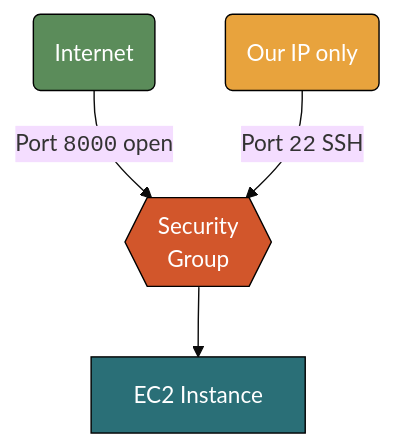
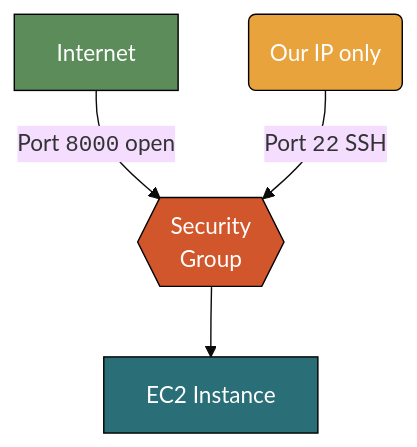
Before and after one commit to mjfrigaard/do4ds-labs: the second of 7 diagrams in aws-ec2.qmd, drawn with Mermaid. The commit also changed 28 other files, not shown here.

Commit message:
updates to mermaids

````diff
--- a/aws-ec2.qmd
+++ b/aws-ec2.qmd
@@ -324,18 +324,18 @@
 ```{mermaid}
 %%| fig-cap: ‘EC2 Instances’
 %%| fig-width: 7.0
 %%| fig-align: 'center'
 %%{init: {'theme': 'base', 'themeVariables': {'fontFamily': 'monospace'}}}%%
 
 graph TD
-    Internet("Internet") -->|"Port <code>8000</code> open"| SG{{"Security<br>Group"}}
+    Internet["Internet"] -->|"Port <code>8000</code> open"| SG{{"Security<br>Group"}}
     Us("Our IP only") -->|"Port <code>22</code> SSH"| SG
     SG --> EC2["EC2 Instance"]
     
     style Internet fill:#5B8C5A,stroke:#000000,stroke-width:1px,color:#ffffff
     style Us fill:#E8A33D,stroke:#000000,stroke-width:1px,color:#ffffff
     style SG fill:#D2562B,stroke:#000000,stroke-width:1px,color:#ffffff
     %% style D fill:#1B2A41,stroke:#000000,stroke-width:1px,color:#ffffff
     style EC2 fill:#2A6F77,stroke:#000000,stroke-width:1px,color:#ffffff
     
 ```
````
